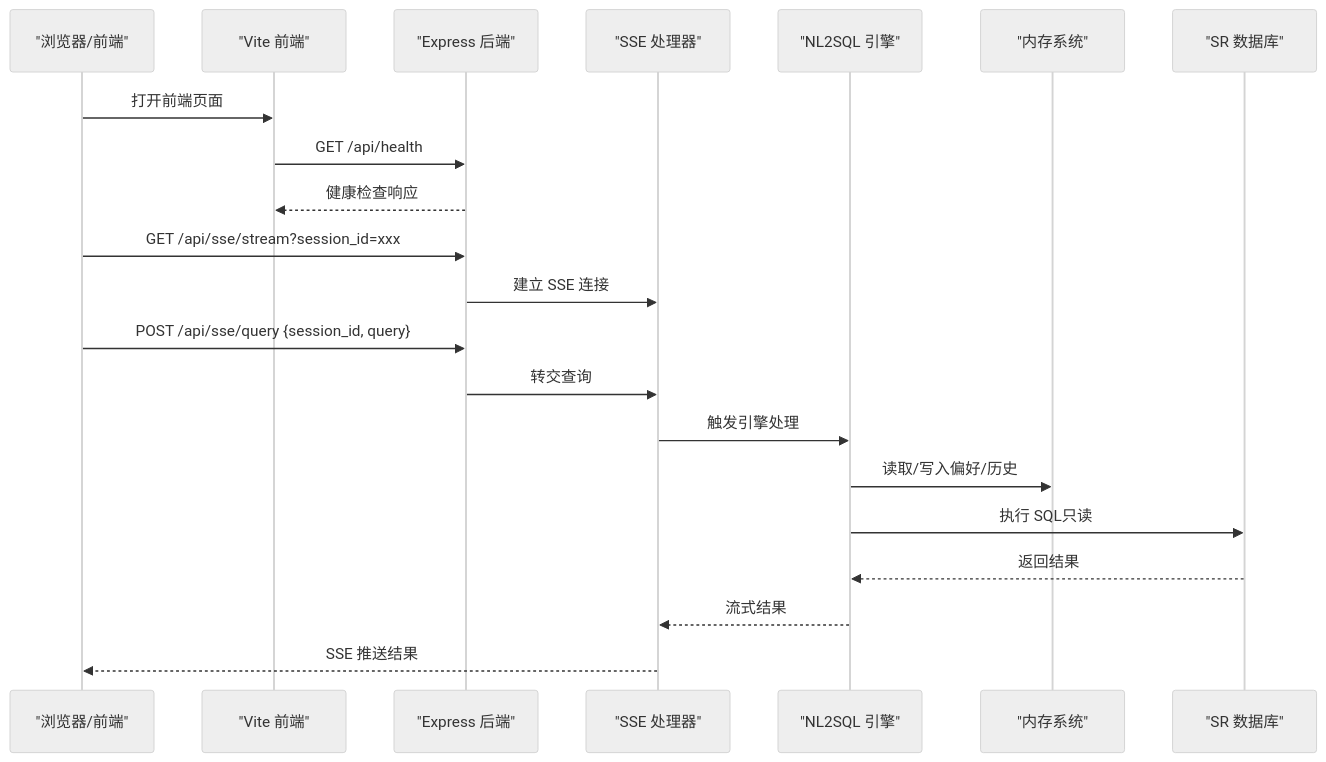
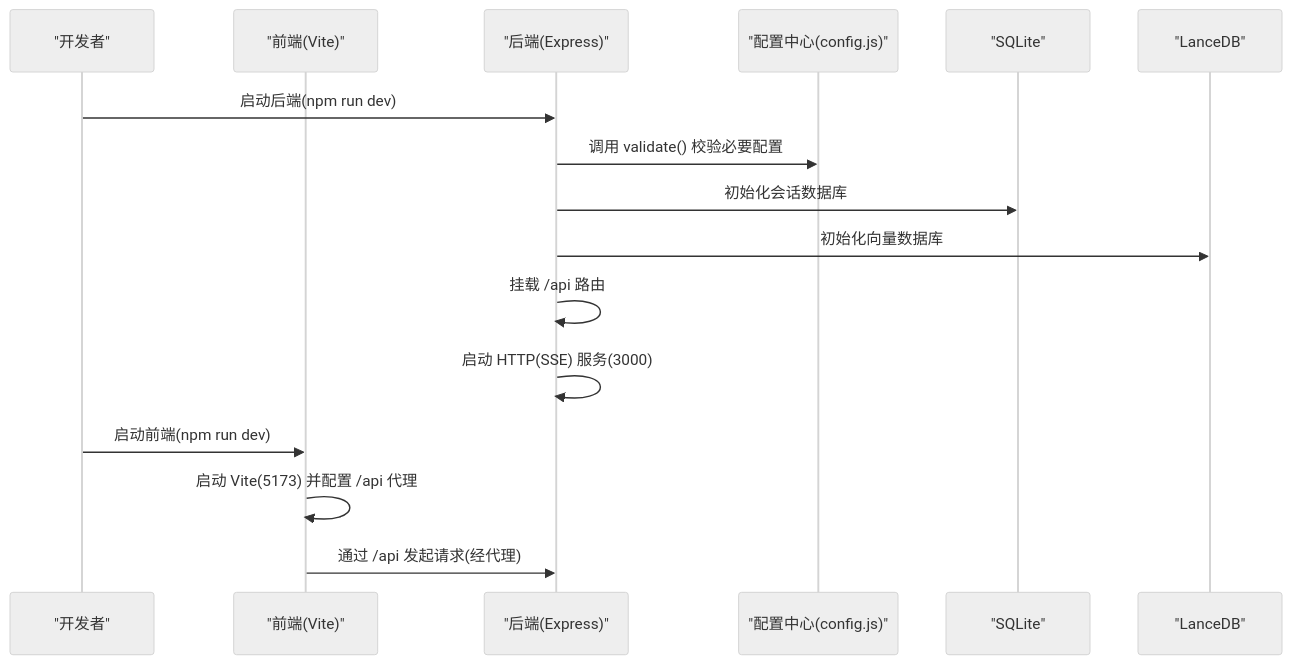
The second of 3 diagrams in NL2SQL/.qoder/repowiki/zh/content/快速开始.md (HanHuiOnLine/724-office), drawn with Mermaid (neutral theme) before and after one commit. The commit also changed other lines of this file and 203 other files, not shown here.

````diff
--- a/NL2SQL/.qoder/repowiki/zh/content/快速开始.md
+++ b/NL2SQL/.qoder/repowiki/zh/content/快速开始.md
@@ -102,23 +88,18 @@
 ```mermaid
 sequenceDiagram
-participant Client as "浏览器/前端"
-participant FE as "Vite 前端"
-participant BE as "Express 后端"
-participant SSE as "SSE 处理器"
-participant ENG as "NL2SQL 引擎"
-participant MEM as "内存系统"
-participant SR as "SR 数据库"
-Client->>FE : 打开前端页面
-FE->>BE : GET /api/health
-BE-->>FE : 健康检查响应
-Client->>BE : GET /api/sse/stream?session_id=xxx
-BE->>SSE : 建立 SSE 连接
-Client->>BE : POST /api/sse/query {session_id, query}
-BE->>SSE : 转交查询
-SSE->>ENG : 触发引擎处理
-ENG->>MEM : 读取/写入偏好/历史
-ENG->>SR : 执行 SQL只读
-SR-->>ENG : 返回结果
-ENG-->>SSE : 流式结果
-SSE-->>Client : SSE 推送结果
+participant Dev as "开发者"
+participant FE as "前端(Vite)"
+participant BE as "后端(Express)"
+participant CFG as "配置中心(config.js)"
+participant DB as "SQLite"
+participant VDB as "LanceDB"
+Dev->>BE : 启动后端(npm run dev)
+BE->>CFG : 调用 validate() 校验必要配置
+BE->>DB : 初始化会话数据库
+BE->>VDB : 初始化向量数据库
+BE->>BE : 挂载 /api 路由
+BE->>BE : 启动 HTTP(SSE) 服务(3000)
+Dev->>FE : 启动前端(npm run dev)
+FE->>FE : 启动 Vite(5173) 并配置 /api 代理
+FE->>BE : 通过 /api 发起请求(经代理)
 ```
````
